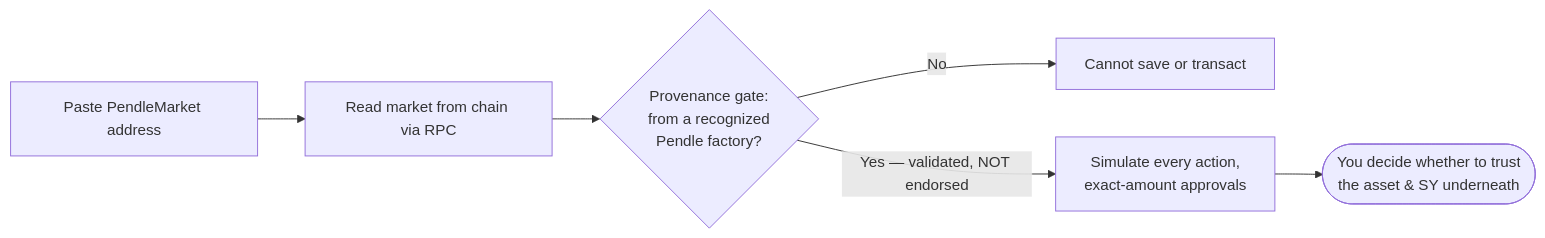
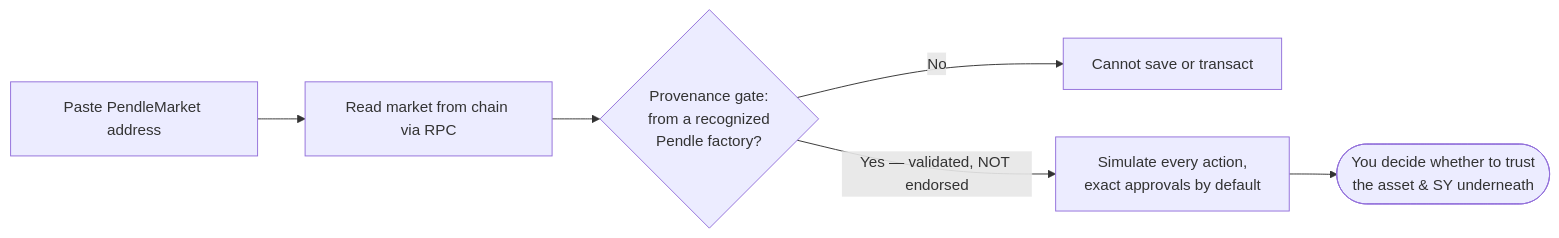
The diagram in docs-site/reference/risks.md (ggmatch-mod/open-pendle), drawn with Mermaid before and after one commit. The commit also changed other lines of this file and 65 other files, not shown here.

First line of the commit message:
Add SY wrapper flows and harden token handling

````diff
--- a/docs-site/reference/risks.md
+++ b/docs-site/reference/risks.md
@@ -50,8 +50,8 @@
 ```mermaid
 flowchart LR
   P[Paste PendleMarket address] --> R[Read market from chain via RPC]
   R --> V{Provenance gate:<br/>from a recognized<br/>Pendle factory?}
   V -->|No| B[Cannot save or transact]
-  V -->|"Yes — validated, NOT endorsed"| S[Simulate every action,<br/>exact-amount approvals]
+  V -->|"Yes — validated, NOT endorsed"| S[Simulate every action,<br/>exact approvals by default]
   S --> Y([You decide whether to trust<br/>the asset & SY underneath])
 ```
````
